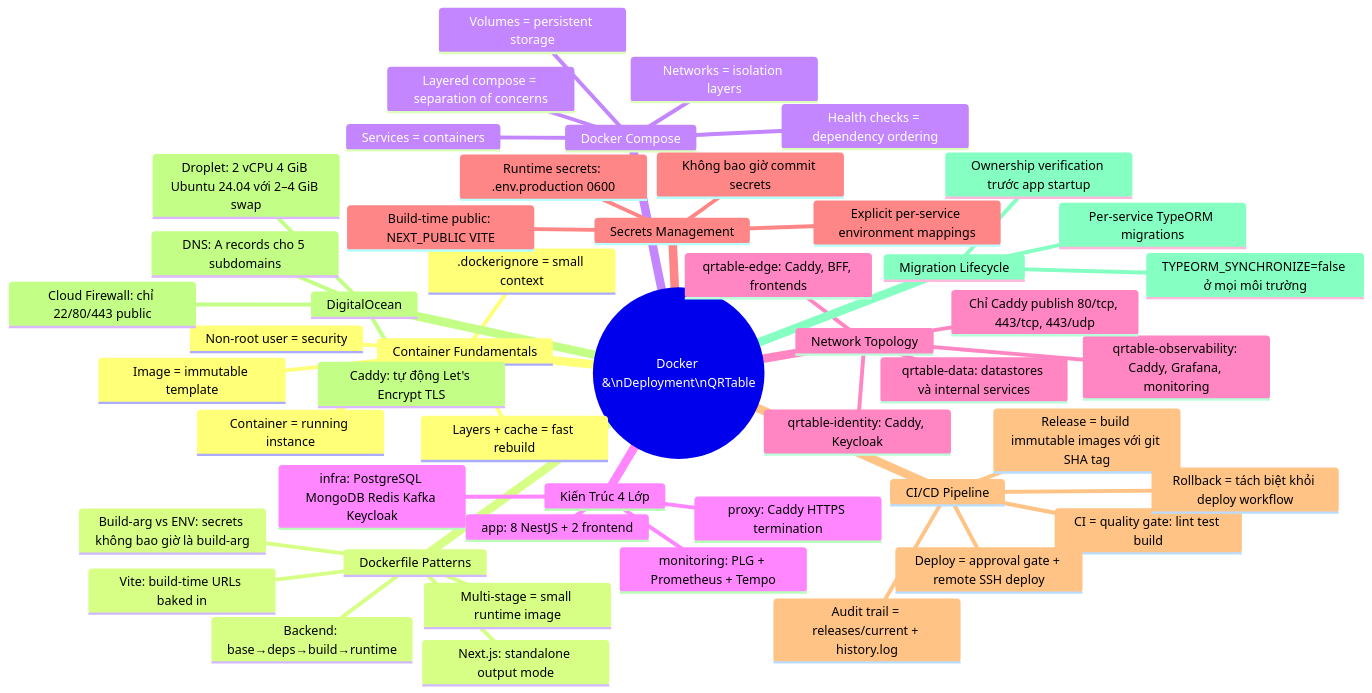
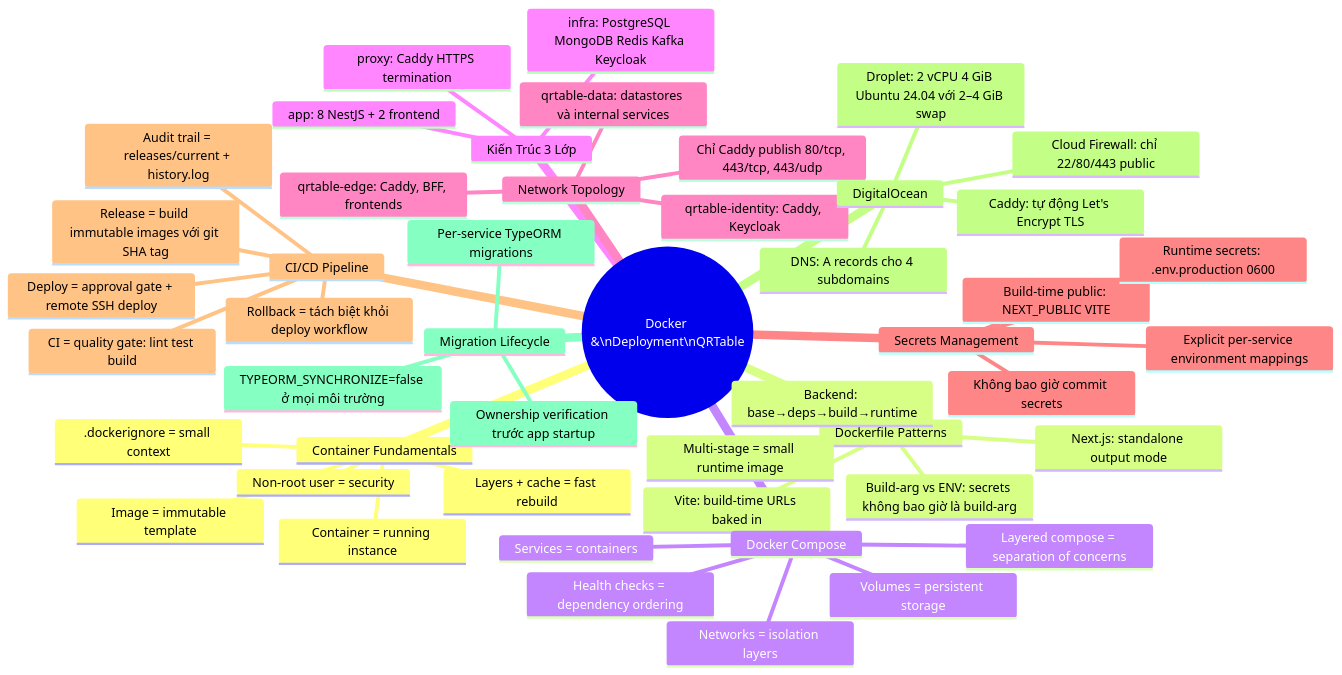
The fourth of 4 diagrams in docs/guides/docker-deployment-cicd-qrtable.vi.md (quan-vo-dinh/saas-pos-microservices-qrtable), drawn with Mermaid before and after one commit. The commit also changed other lines of this file and 74 other files, not shown here.

````diff
--- a/docs/guides/docker-deployment-cicd-qrtable.vi.md
+++ b/docs/guides/docker-deployment-cicd-qrtable.vi.md
@@ -2699,53 +2620,51 @@
 ```mermaid
 mindmap
   root((Docker &\nDeployment\nQRTable))
     Container Fundamentals
       Image = immutable template
       Container = running instance
       Layers + cache = fast rebuild
       Non-root user = security
       .dockerignore = small context
     Dockerfile Patterns
       Multi-stage = small runtime image
       Backend: base→deps→build→runtime
       Next.js: standalone output mode
       Vite: build-time URLs baked in
       Build-arg vs ENV: secrets không bao giờ là build-arg
     Docker Compose
       Services = containers
       Networks = isolation layers
       Volumes = persistent storage
       Health checks = dependency ordering
       Layered compose = separation of concerns
-    Kiến Trúc 4 Lớp
+    Kiến Trúc 3 Lớp
       infra: PostgreSQL MongoDB Redis Kafka Keycloak
       app: 8 NestJS + 2 frontend
       proxy: Caddy HTTPS termination
-      monitoring: PLG + Prometheus + Tempo
     Network Topology
       qrtable-edge: Caddy, BFF, frontends
       qrtable-identity: Caddy, Keycloak
-      qrtable-observability: Caddy, Grafana, monitoring
       qrtable-data: datastores và internal services
       Chỉ Caddy publish 80/tcp, 443/tcp, 443/udp
     Secrets Management
       Build-time public: NEXT_PUBLIC VITE
       Runtime secrets: .env.production 0600
       Không bao giờ commit secrets
       Explicit per-service environment mappings
     CI/CD Pipeline
       CI = quality gate: lint test build
       Release = build immutable images với git SHA tag
       Deploy = approval gate + remote SSH deploy
       Rollback = tách biệt khỏi deploy workflow
       Audit trail = releases/current + history.log
     DigitalOcean
       Droplet: 2 vCPU 4 GiB Ubuntu 24.04 với 2–4 GiB swap
       Cloud Firewall: chỉ 22/80/443 public
-      DNS: A records cho 5 subdomains
+      DNS: A records cho 4 subdomains
       Caddy: tự động Let's Encrypt TLS
     Migration Lifecycle
       TYPEORM_SYNCHRONIZE=false ở mọi môi trường
       Per-service TypeORM migrations
       Ownership verification trước app startup
 ```
````
